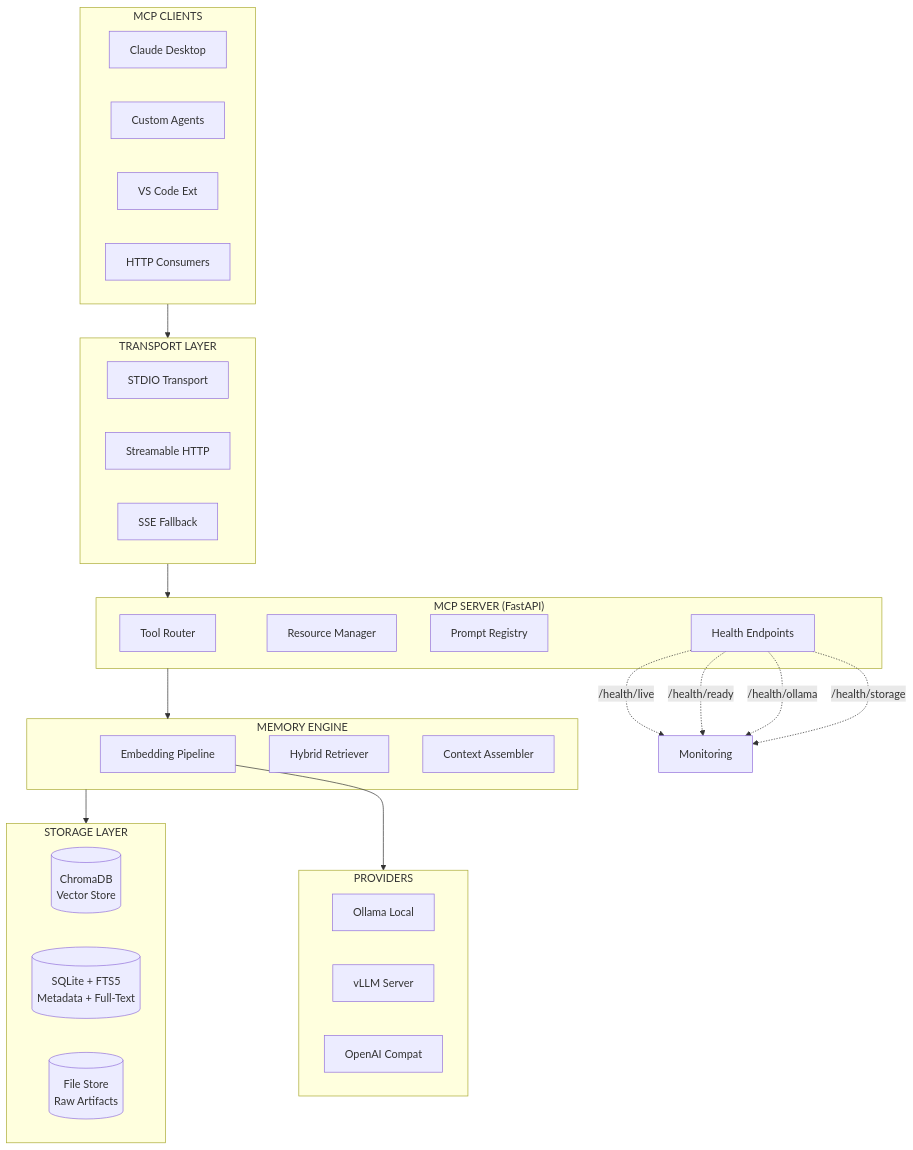
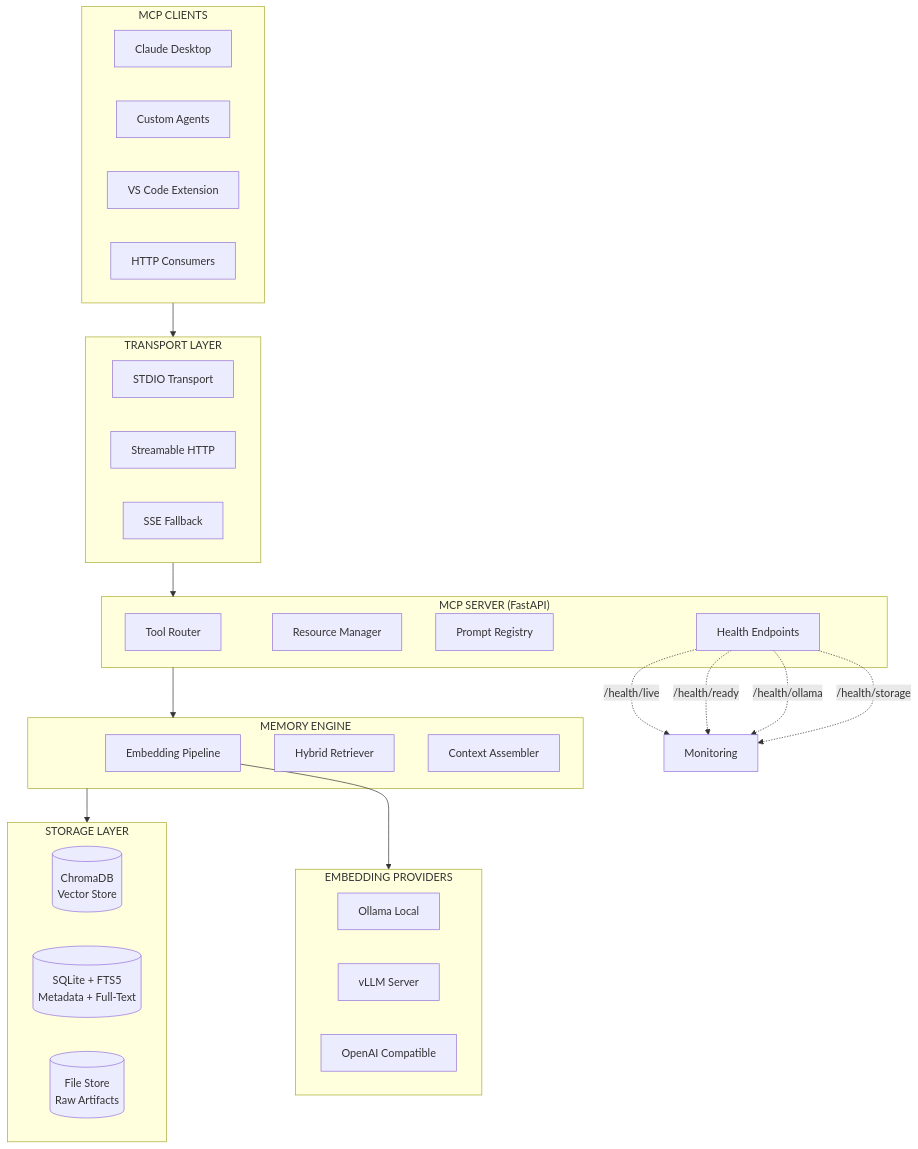
The first of 2 diagrams in README.md (Xat01/Xat01), drawn with Mermaid before and after one commit. The commit also changed other lines of this file, not shown here.

````diff
--- a/README.md
+++ b/README.md
@@ -89,50 +103,50 @@
 ```mermaid
 flowchart TB
-    subgraph CLIENT["MCP CLIENTS"]
+    subgraph CLIENTS["MCP CLIENTS"]
         C1[Claude Desktop]
         C2[Custom Agents]
-        C3[VS Code Ext]
+        C3[VS Code Extension]
         C4[HTTP Consumers]
     end
 
     subgraph TRANSPORT["TRANSPORT LAYER"]
         T1[STDIO Transport]
         T2[Streamable HTTP]
         T3[SSE Fallback]
     end
 
     subgraph SERVER["MCP SERVER (FastAPI)"]
         S1[Tool Router]
         S2[Resource Manager]
         S3[Prompt Registry]
         S4[Health Endpoints]
     end
 
     subgraph ENGINE["MEMORY ENGINE"]
         E1[Embedding Pipeline]
         E2[Hybrid Retriever]
         E3[Context Assembler]
     end
 
     subgraph STORAGE["STORAGE LAYER"]
         V1[(ChromaDB\nVector Store)]
         V2[(SQLite + FTS5\nMetadata + Full-Text)]
         V3[(File Store\nRaw Artifacts)]
     end
 
-    subgraph PROVIDERS["PROVIDERS"]
+    subgraph PROVIDERS["EMBEDDING PROVIDERS"]
         P1[Ollama Local]
         P2[vLLM Server]
-        P3[OpenAI Compat]
+        P3[OpenAI Compatible]
     end
 
-    CLIENT --> TRANSPORT
+    CLIENTS --> TRANSPORT
     TRANSPORT --> SERVER
     SERVER --> ENGINE
     ENGINE --> STORAGE
     E1 --> PROVIDERS
     S4 -.->|/health/live| MON[Monitoring]
     S4 -.->|/health/ready| MON
     S4 -.->|/health/ollama| MON
     S4 -.->|/health/storage| MON
 ```
````
